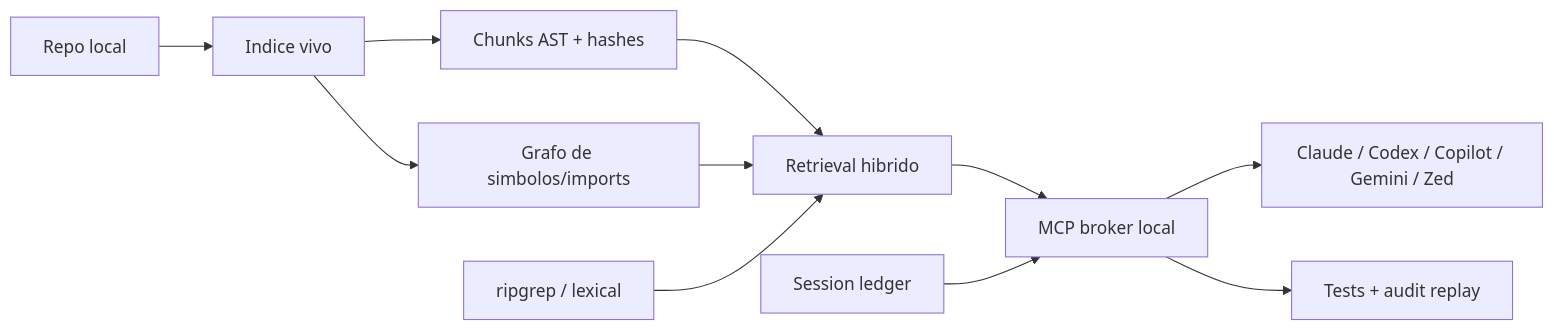
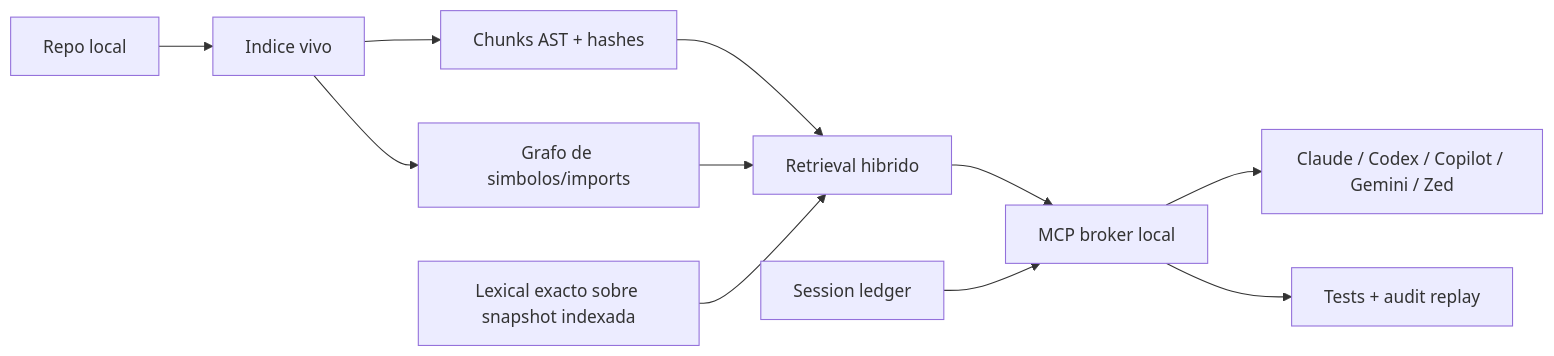
Before and after one commit to Gere2/neurofs: the diagram in docs/strategic_anticipations.md, drawn with Mermaid. The commit also changed 234 other files, not shown here.

````diff
--- a/docs/strategic_anticipations.md
+++ b/docs/strategic_anticipations.md
@@ -38,13 +38,13 @@
 ```mermaid
 flowchart LR
     FS["Repo local"] --> Watch["Indice vivo"]
     Watch --> Chunks["Chunks AST + hashes"]
     Watch --> Graph["Grafo de simbolos/imports"]
     Chunks --> Retrieve["Retrieval hibrido"]
     Graph --> Retrieve
-    RG["ripgrep / lexical"] --> Retrieve
+    Snapshot["Lexical exacto sobre snapshot indexada"] --> Retrieve
     Retrieve --> Broker["MCP broker local"]
     Ledger["Session ledger"] --> Broker
     Broker --> Agents["Claude / Codex / Copilot / Gemini / Zed"]
     Broker --> Verify["Tests + audit replay"]
 ```
````
